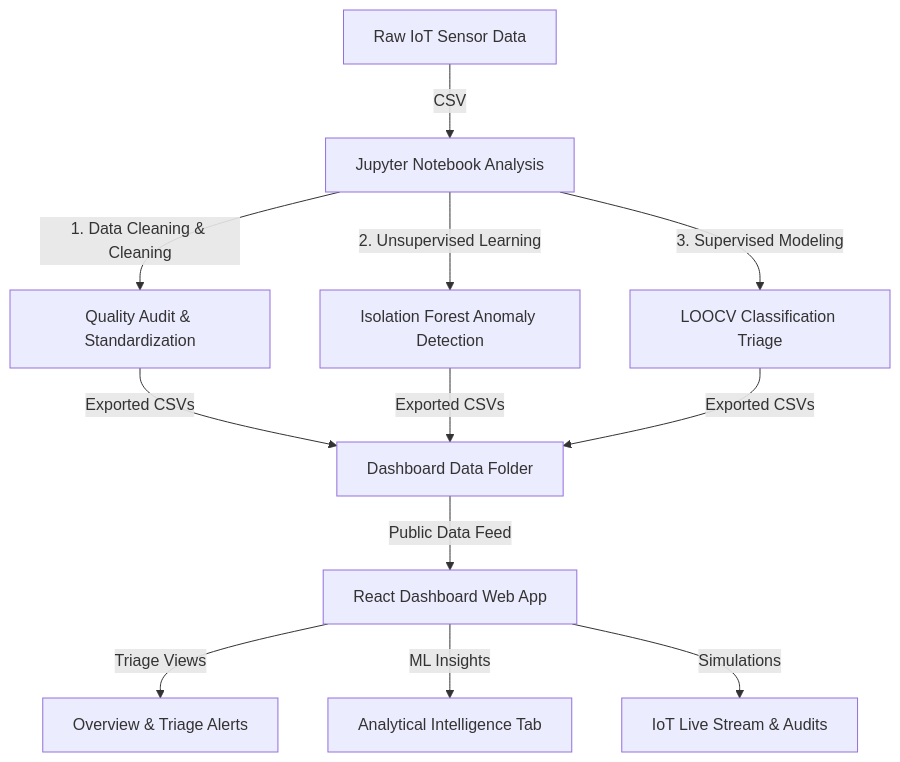
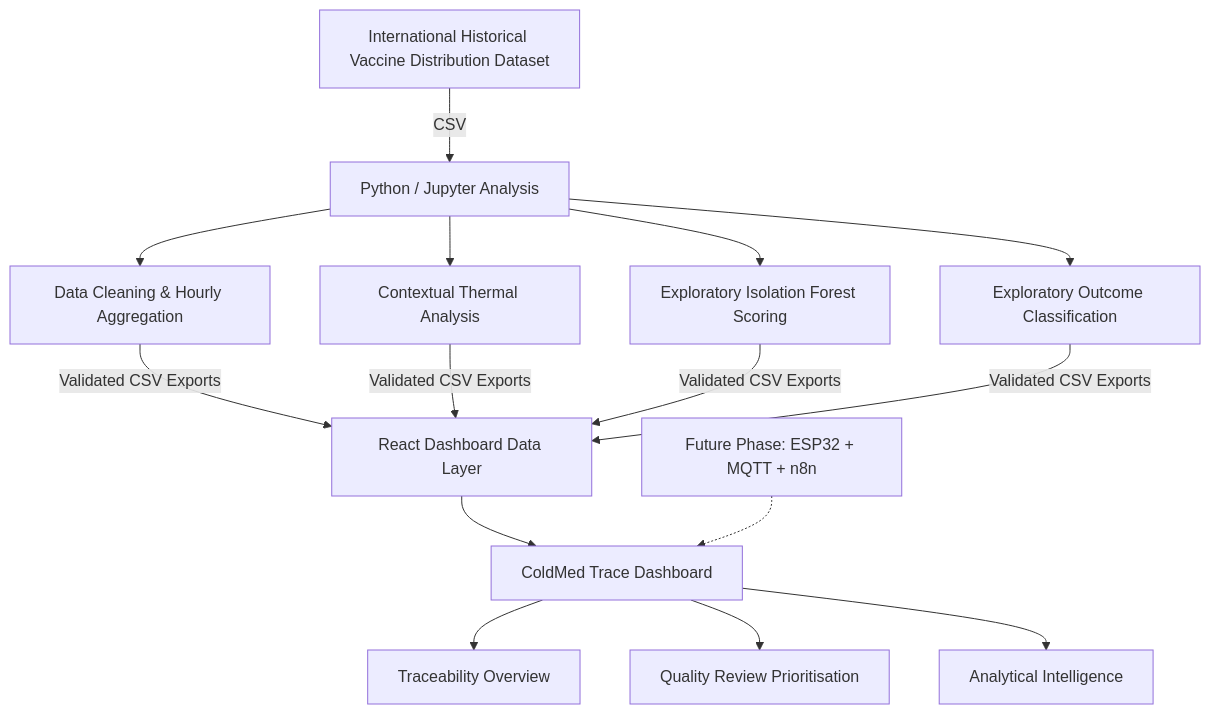
One commit to hafidaso/ColdMed changed the diagram in README.md. Above: the diagram before and after it, drawn with Mermaid. The commit also changed other lines of this file, not shown here.

Commit message:
docs: correct dataset scope and architecture diagram in README

````diff
--- a/README.md
+++ b/README.md
@@ -17,14 +17,17 @@
 ```mermaid
 graph TD
-    A[Raw IoT Sensor Data] -->|CSV| B[Jupyter Notebook Analysis]
-    B -->|1. Data Cleaning & Cleaning| B1[Quality Audit & Standardization]
-    B -->|2. Unsupervised Learning| B2[Isolation Forest Anomaly Detection]
-    B -->|3. Supervised Modeling| B3[LOOCV Classification Triage]
-    
-    B1 & B2 & B3 -->|Exported CSVs| C[Dashboard Data Folder]
-    
-    C -->|Public Data Feed| D[React Dashboard Web App]
-    D -->|Triage Views| D1[Overview & Triage Alerts]
-    D -->|ML Insights| D2[Analytical Intelligence Tab]
-    D -->|Simulations| D3[IoT Live Stream & Audits]
+    A[International Historical Vaccine Distribution Dataset] -->|CSV| B[Python / Jupyter Analysis]
+    B --> B1[Data Cleaning & Hourly Aggregation]
+    B --> B2[Contextual Thermal Analysis]
+    B --> B3[Exploratory Isolation Forest Scoring]
+    B --> B4[Exploratory Outcome Classification]
+
+    B1 & B2 & B3 & B4 -->|Validated CSV Exports| C[React Dashboard Data Layer]
+
+    C --> D[ColdMed Trace Dashboard]
+    D --> D1[Traceability Overview]
+    D --> D2[Quality Review Prioritisation]
+    D --> D3[Analytical Intelligence]
+
+    E[Future Phase: ESP32 + MQTT + n8n] -.-> D
 ```
````
